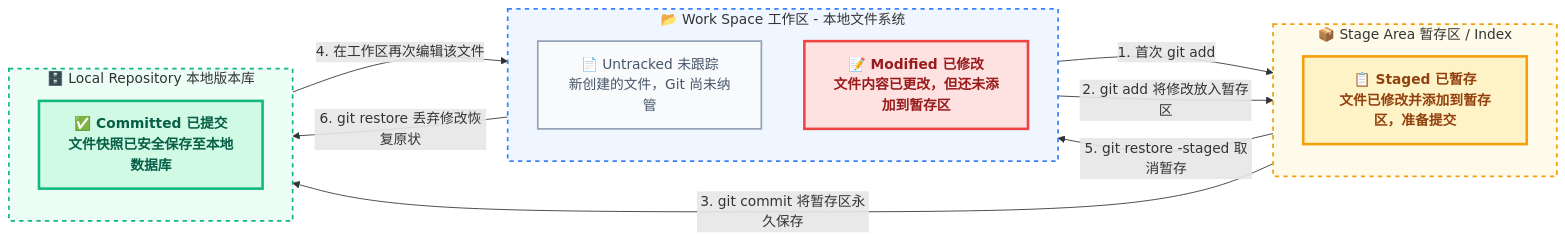
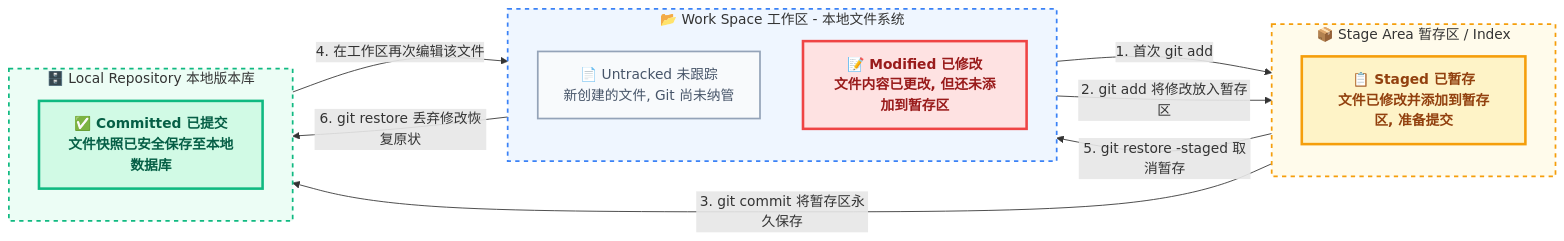
Before and after one commit to dmjcb/dmjcb.github.io: the second of 23 diagrams in _posts/software/git/2024-09-24-git使用.md, drawn with Mermaid. The commit also changed other lines of this file and 12 other files, not shown here.

````diff
--- a/_posts/software/git/2024-09-24-git使用.md
+++ b/_posts/software/git/2024-09-24-git使用.md
@@ -77,49 +77,49 @@
 ```mermaid
 flowchart LR
     %% 区域背景样式
     classDef bg_ws fill:#eff6ff,stroke:#3b82f6,stroke-width:2px,stroke-dasharray: 5 5;
     classDef bg_sa fill:#fffbeb,stroke:#f59e0b,stroke-width:2px,stroke-dasharray: 5 5;
     classDef bg_lr fill:#ecfdf5,stroke:#10b981,stroke-width:2px,stroke-dasharray: 5 5;
 
     %% 状态节点样式
     classDef state_u fill:#f8fafc,stroke:#94a3b8,stroke-width:2px,color:#475569;
     classDef state_m fill:#fee2e2,stroke:#ef4444,stroke-width:3px,color:#991b1b,font-weight:bold;
     classDef state_s fill:#fef3c7,stroke:#f59e0b,stroke-width:3px,color:#92400e,font-weight:bold;
     classDef state_c fill:#d1fae5,stroke:#10b981,stroke-width:3px,color:#065f46,font-weight:bold;
 
     subgraph WS_Sub ["📂 Work Space 工作区 - 本地文件系统"]
         direction TB
-        U["📄 Untracked 未跟踪\n新创建的文件，Git 尚未纳管"]
-        M["📝 Modified 已修改\n文件内容已更改，但还未添加到暂存区"]
+        U["📄 Untracked 未跟踪\n新创建的文件, Git 尚未纳管"]
+        M["📝 Modified 已修改\n文件内容已更改, 但还未添加到暂存区"]
     end
 
     subgraph SA_Sub ["📦 Stage Area 暂存区 / Index"]
         direction TB
-        S["📋 Staged 已暂存\n文件已修改并添加到暂存区，准备提交"]
+        S["📋 Staged 已暂存\n文件已修改并添加到暂存区, 准备提交"]
     end
 
     subgraph LR_Sub ["🗄️ Local Repository 本地版本库"]
         direction TB
         C["✅ Committed 已提交\n文件快照已安全保存至本地数据库"]
     end
 
     %% 正向流转 提交工作流
     U -- "1. 首次 git add" --> S
     M -- "2. git add 将修改放入暂存区" --> S
     S -- "3. git commit 将暂存区永久保存" --> C
 
     %% 逆向与修改流转 撤回与再编辑
     C -- "4. 在工作区再次编辑该文件" --> M
     S -- "5. git restore -staged 取消暂存" --> M
     M -- "6. git restore 丢弃修改恢复原状" --> C
 
     %% 应用样式
     class WS_Sub bg_ws;
     class SA_Sub bg_sa;
     class LR_Sub bg_lr;
     
     class U state_u;
     class M state_m;
     class S state_s;
     class C state_c;
 ```
````
